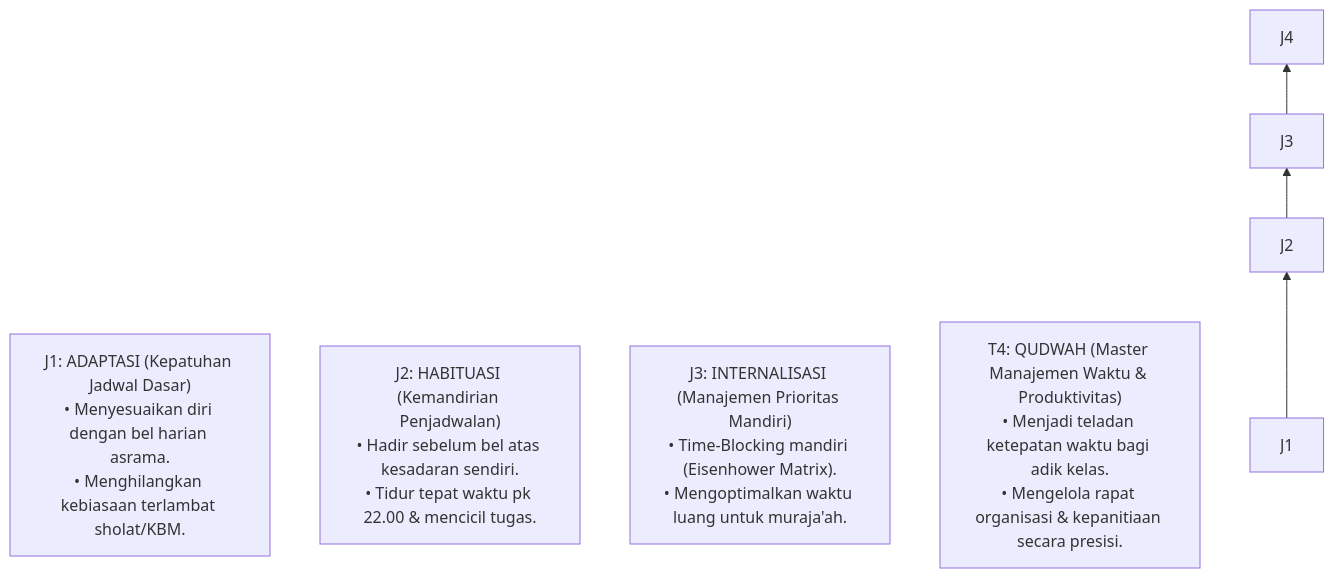
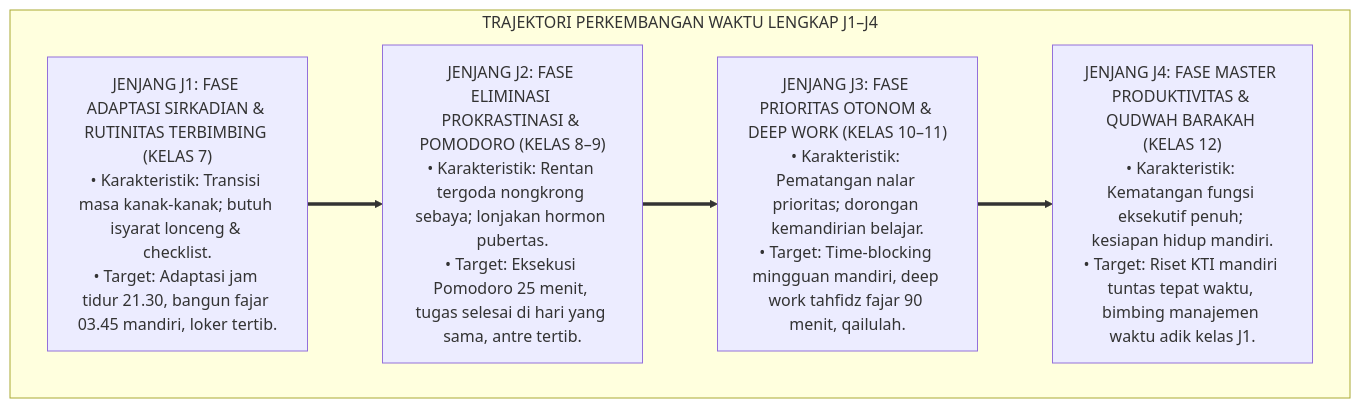
Before and after one commit to wandiapriliyandi/tumbuh: the sixth of 7 diagrams in 03 Capacity Framework/10 Haritsun Ala Waqtih/P3-10-08-Tahapan-Perkembangan-Jenjang-J1-J4.md, drawn with Mermaid. The commit also changed other lines of this file and 14 other files, not shown here.

````diff
--- a/03 Capacity Framework/10 Haritsun Ala Waqtih/P3-10-08-Tahapan-Perkembangan-Jenjang-J1-J4.md
+++ b/03 Capacity Framework/10 Haritsun Ala Waqtih/P3-10-08-Tahapan-Perkembangan-Jenjang-J1-J4.md
@@ -10,12 +167,14 @@
 ```mermaid
-graph BT
-    T1["J1: ADAPTASI (Kepatuhan Jadwal Dasar)<br/>• Menyesuaikan diri dengan bel harian asrama.<br/>• Menghilangkan kebiasaan terlambat sholat/KBM."]
-    
-    T2["J2: HABITUASI (Kemandirian Penjadwalan)<br/>• Hadir sebelum bel atas kesadaran sendiri.<br/>• Tidur tepat waktu pk 22.00 & mencicil tugas."]
-    
-    T3["J3: INTERNALISASI (Manajemen Prioritas Mandiri)<br/>• Time-Blocking mandiri (Eisenhower Matrix).<br/>• Mengoptimalkan waktu luang untuk muraja'ah."]
-    
-    T4["T4: QUDWAH (Master Manajemen Waktu & Produktivitas)<br/>• Menjadi teladan ketepatan waktu bagi adik kelas.<br/>• Mengelola rapat organisasi & kepanitiaan secara presisi."]
-
-    J1 --> J2 --> J3 --> J4
+flowchart TD
+    subgraph ArsitekturTrajektoriWaktuJ1J4["TRAJEKTORI PERKEMBANGAN WAKTU LENGKAP J1–J4"]
+        J1["JENJANG J1: FASE ADAPTASI SIRKADIAN & RUTINITAS TERBIMBING (KELAS 7)<br/>• Karakteristik: Transisi masa kanak-kanak; butuh isyarat lonceng & checklist.<br/>• Target: Adaptasi jam tidur 21.30, bangun fajar 03.45 mandiri, loker tertib."]
+        
+        J2["JENJANG J2: FASE ELIMINASI PROKRASTINASI & POMODORO (KELAS 8–9)<br/>• Karakteristik: Rentan tergoda nongkrong sebaya; lonjakan hormon pubertas.<br/>• Target: Eksekusi Pomodoro 25 menit, tugas selesai di hari yang sama, antre tertib."]
+        
+        J3["JENJANG J3: FASE PRIORITAS OTONOM & DEEP WORK (KELAS 10–11)<br/>• Karakteristik: Pematangan nalar prioritas; dorongan kemandirian belajar.<br/>• Target: Time-blocking mingguan mandiri, deep work tahfidz fajar 90 menit, qailulah."]
+        
+        J4["JENJANG J4: FASE MASTER PRODUKTIVITAS & QUDWAH BARAKAH (KELAS 12)<br/>• Karakteristik: Kematangan fungsi eksekutif penuh; kesiapan hidup mandiri.<br/>• Target: Riset KTI mandiri tuntas tepat waktu, bimbing manajemen waktu adik kelas J1."]
+        
+        J1 ==> J2 ==> J3 ==> J4
+    end
 ```
````
